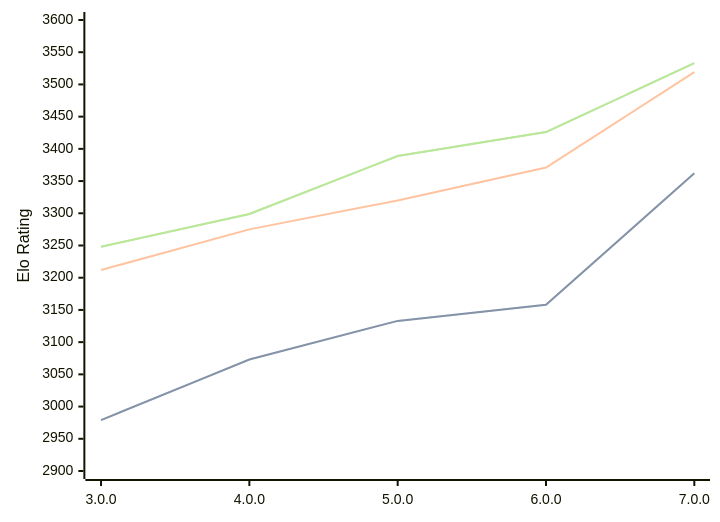
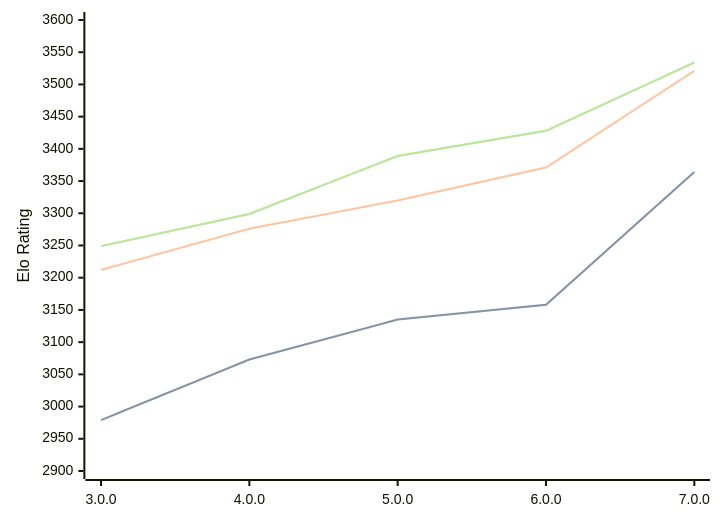
One commit to computer-chess-index/cci changed the diagram in engines/Minke.md. Above: the diagram before and after it, drawn with Mermaid. The commit also changed other lines of this file, not shown here.

Commit message:
Update CCI Ratings (ELO VLTC) - 2026-09-08

````diff
--- a/engines/Minke.md
+++ b/engines/Minke.md
@@ -35,11 +35,11 @@
 ```mermaid
 %%{init: {"theme":"base","themeVariables":{"seriesColors:['#a3a3a3','#222221','#faa371']}}}%%
 xychart-beta
   x-axis ["3.0.0", "4.0.0", "5.0.0", "6.0.0", "7.0.0"]
   y-axis "Elo Rating" 2900 --> 3600
-  line "" [2979, 3073, 3133, 3158, 3362]
-  line "STC (8.0+0.08s)" [2979, 3073, 3133, 3158, 3362]
-  line "LTC (60.0+0.60s)" [3212, 3275, 3320, 3371, 3519]
-  line "" [3248, 3299, 3389, 3426, 3533]
-  line "VLTC (2m24s+1.12s)" [3248, 3299, 3389, 3426, 3533]
+  line "" [2979, 3073, 3135, 3158, 3364]
+  line "STC (8.0+0.08s)" [2979, 3073, 3135, 3158, 3364]
+  line "LTC (60.0+0.60s)" [3212, 3276, 3320, 3371, 3521]
+  line "" [3249, 3299, 3389, 3428, 3534]
+  line "VLTC (2m24s+1.12s)" [3249, 3299, 3389, 3428, 3534]
 ```
````
